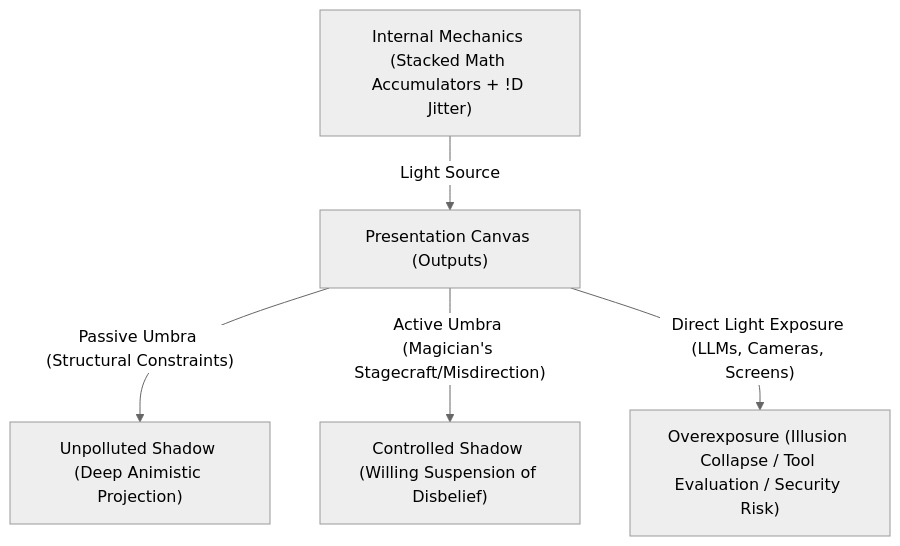
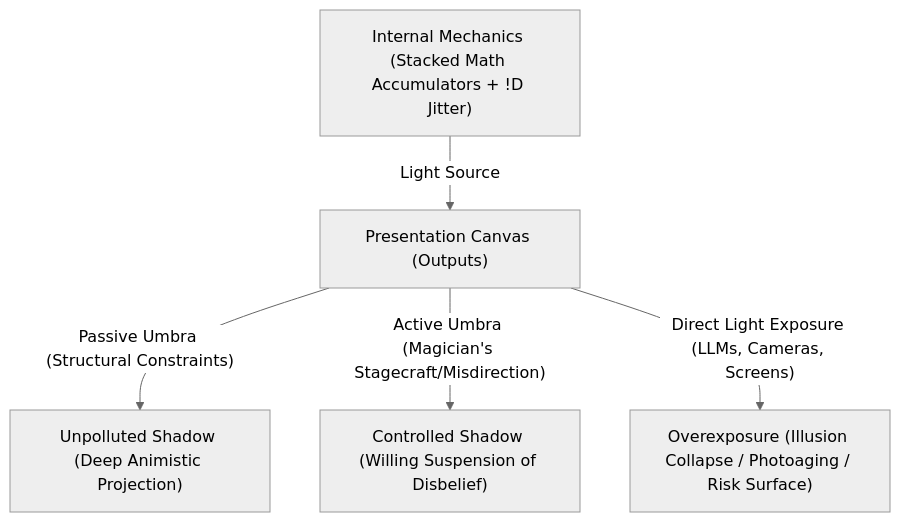
One commit to zetathix/petiod changed the second of 3 diagrams in README.md. Above: the diagram before and after it, drawn with Mermaid (neutral theme). The commit also changed other lines of this file, not shown here.

````diff
--- a/README.md
+++ b/README.md
@@ -69,9 +96,9 @@
 ```mermaid
 graph TD
     A["Internal Mechanics (Stacked Math Accumulators + !D Jitter)"] -->|Light Source| B["Presentation Canvas (Outputs)"]
     
     B -->|"Passive Umbra (Structural Constraints)"| C["Unpolluted Shadow (Deep Animistic Projection)"]
     B -->|"Active Umbra (Magician's Stagecraft/Misdirection)"| D["Controlled Shadow (Willing Suspension of Disbelief)"]
-    B -->|"Direct Light Exposure (LLMs, Cameras, Screens)"| E["Overexposure (Illusion Collapse / Tool Evaluation / Security Risk)"]
+    B -->|"Direct Light Exposure (LLMs, Cameras, Screens)"| E["Overexposure (Illusion Collapse / Photoaging / Risk Surface)"]
 
 ```
````
